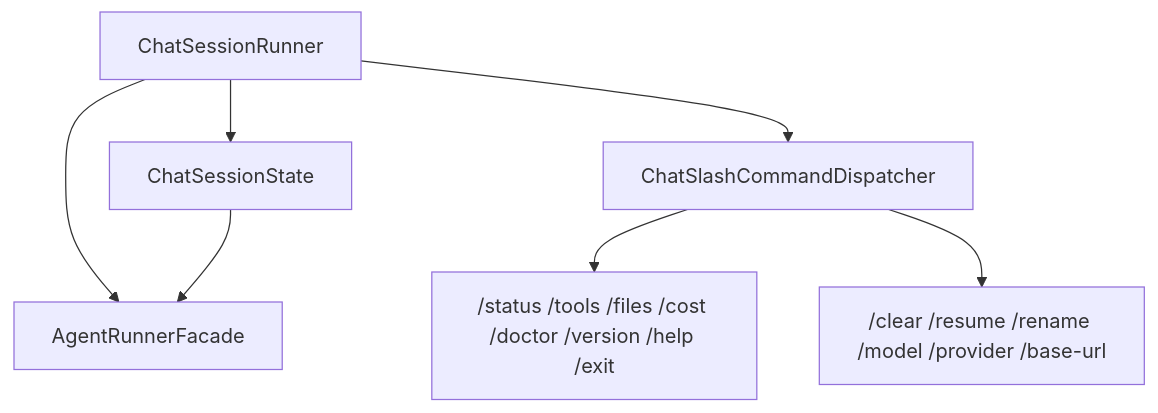
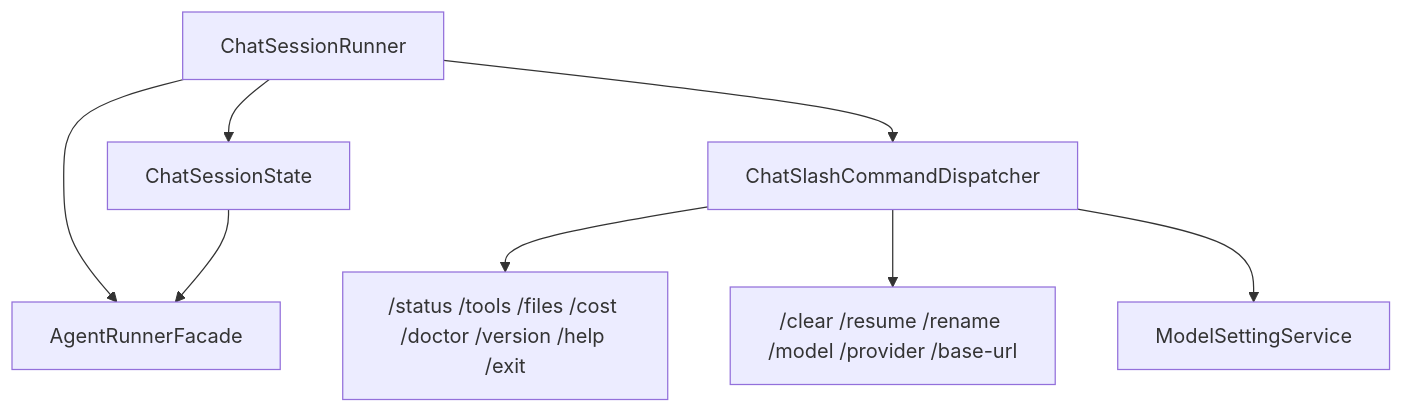
The second of 3 diagrams in docs/architecture.md (MarcelLeon/claw-code-java), drawn with Mermaid before and after one commit. The commit also changed other lines of this file and 12 other files, not shown here.

````diff
--- a/docs/architecture.md
+++ b/docs/architecture.md
@@ -95,9 +97,10 @@
 ```mermaid
 flowchart TD
     A["ChatSessionRunner"] --> B["ChatSessionState"]
     A --> C["ChatSlashCommandDispatcher"]
     C --> D["/status /tools /files /cost /doctor /version /help /exit"]
     C --> E["/clear /resume /rename /model /provider /base-url"]
-    A --> F["AgentRunnerFacade"]
-    B --> F
+    C --> F["ModelSettingService"]
+    A --> G["AgentRunnerFacade"]
+    B --> G
 ```
````
